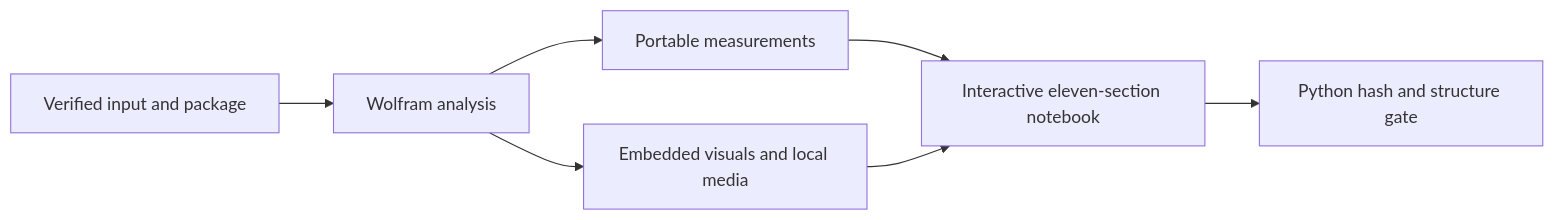
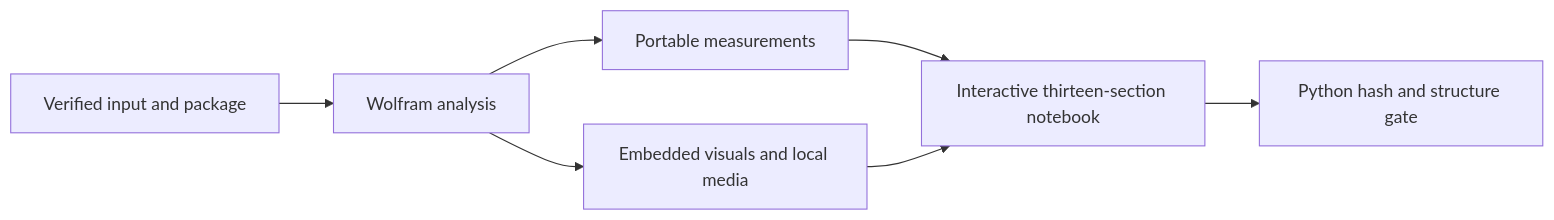
One commit to KG-khangelani/babelapha changed the diagram in Documentation/mathematica/notebook-sections.md. Above: the diagram before and after it, drawn with Mermaid. The commit also changed other lines of this file and 7 other files, not shown here.

````diff
--- a/Documentation/mathematica/notebook-sections.md
+++ b/Documentation/mathematica/notebook-sections.md
@@ -11,9 +11,9 @@
 ```mermaid
 flowchart LR
     I[Verified input and package] --> A[Wolfram analysis]
     A --> M[Portable measurements]
     A --> V[Embedded visuals and local media]
-    M --> N[Interactive eleven-section notebook]
+    M --> N[Interactive thirteen-section notebook]
     V --> N
     N --> G[Python hash and structure gate]
 ```
````
